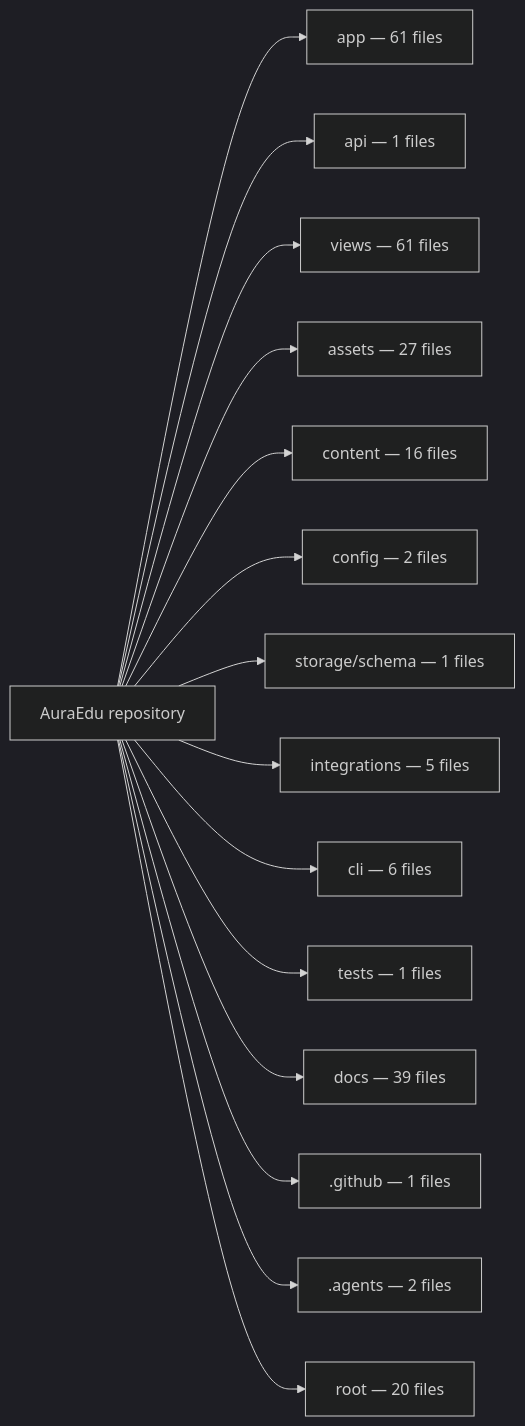
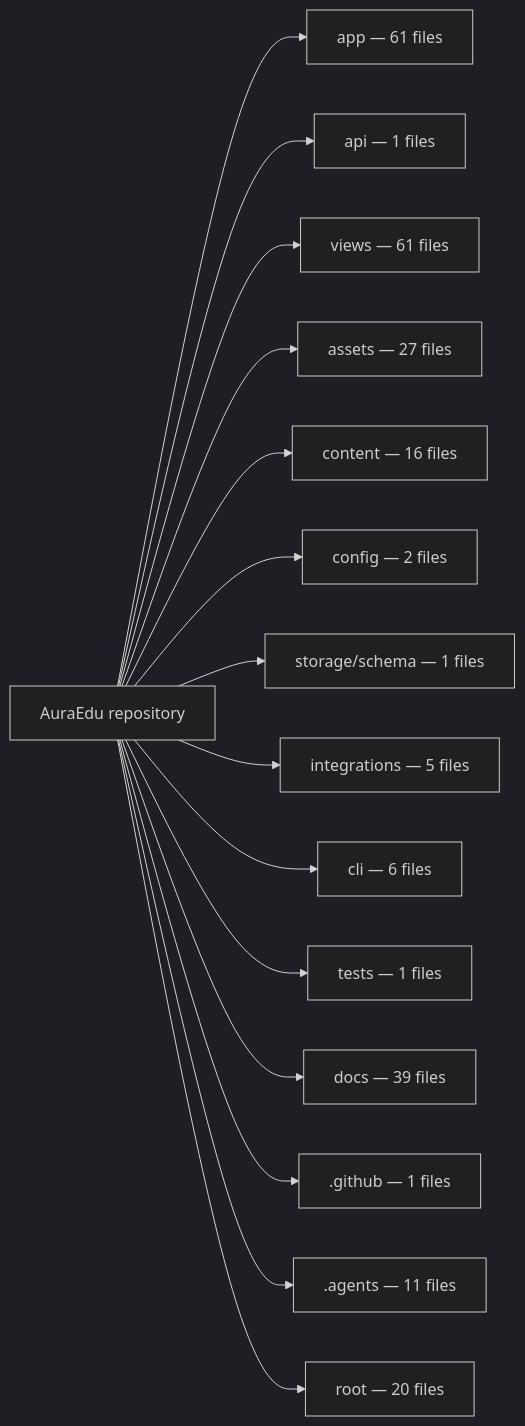
The diagram in map.mmd (getwinharris/auraedu), drawn with Mermaid (dark theme) before and after one commit. The commit also changed other lines of this file and 10 other files, not shown here.

````diff
--- a/map.mmd
+++ b/map.mmd
@@ -5,32 +5,32 @@
 ```mermaid
 flowchart LR
   root["AuraEdu repository"]
   g_app["app — 61 files"]
   root --> g_app
   g_api["api — 1 files"]
   root --> g_api
   g_views["views — 61 files"]
   root --> g_views
   g_assets["assets — 27 files"]
   root --> g_assets
   g_content["content — 16 files"]
   root --> g_content
   g_config["config — 2 files"]
   root --> g_config
   g_storage_schema["storage/schema — 1 files"]
   root --> g_storage_schema
   g_integrations["integrations — 5 files"]
   root --> g_integrations
   g_cli["cli — 6 files"]
   root --> g_cli
   g_tests["tests — 1 files"]
   root --> g_tests
   g_docs["docs — 39 files"]
   root --> g_docs
   g__github[".github — 1 files"]
   root --> g__github
-  g__agents[".agents — 2 files"]
+  g__agents[".agents — 11 files"]
   root --> g__agents
   g_root["root — 20 files"]
   root --> g_root
 ```
````
